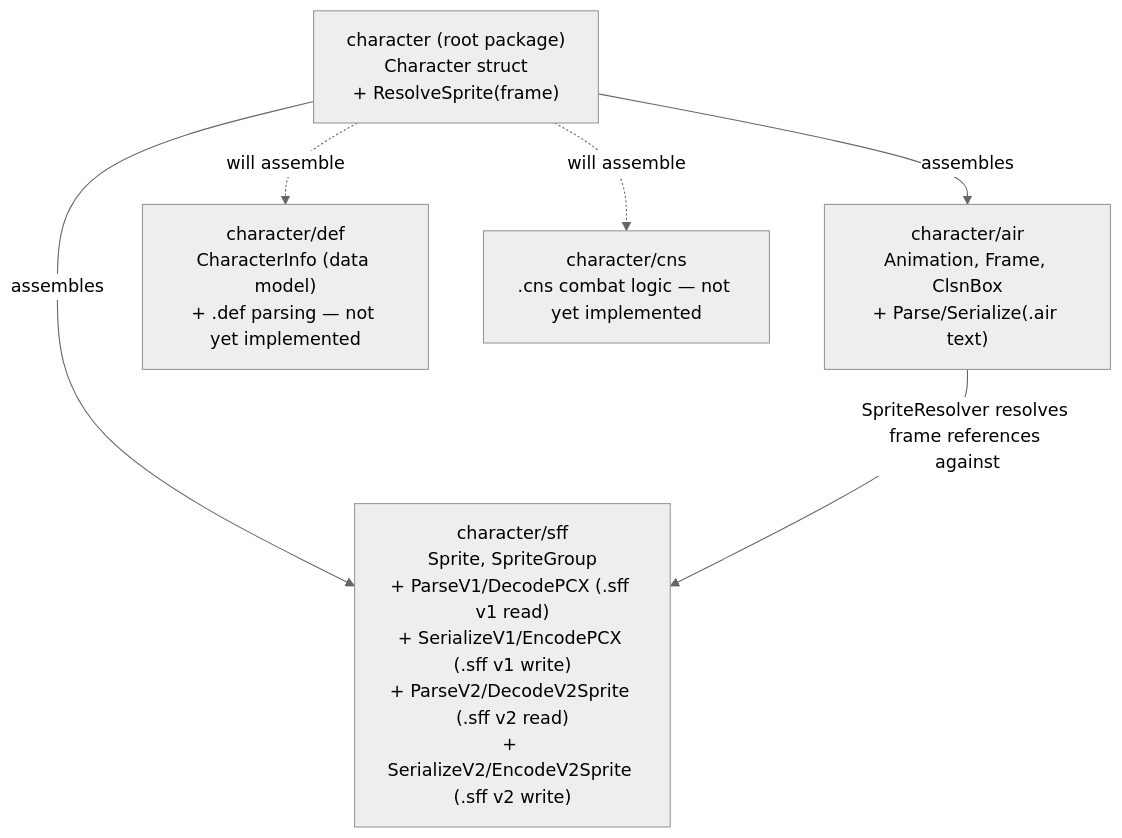
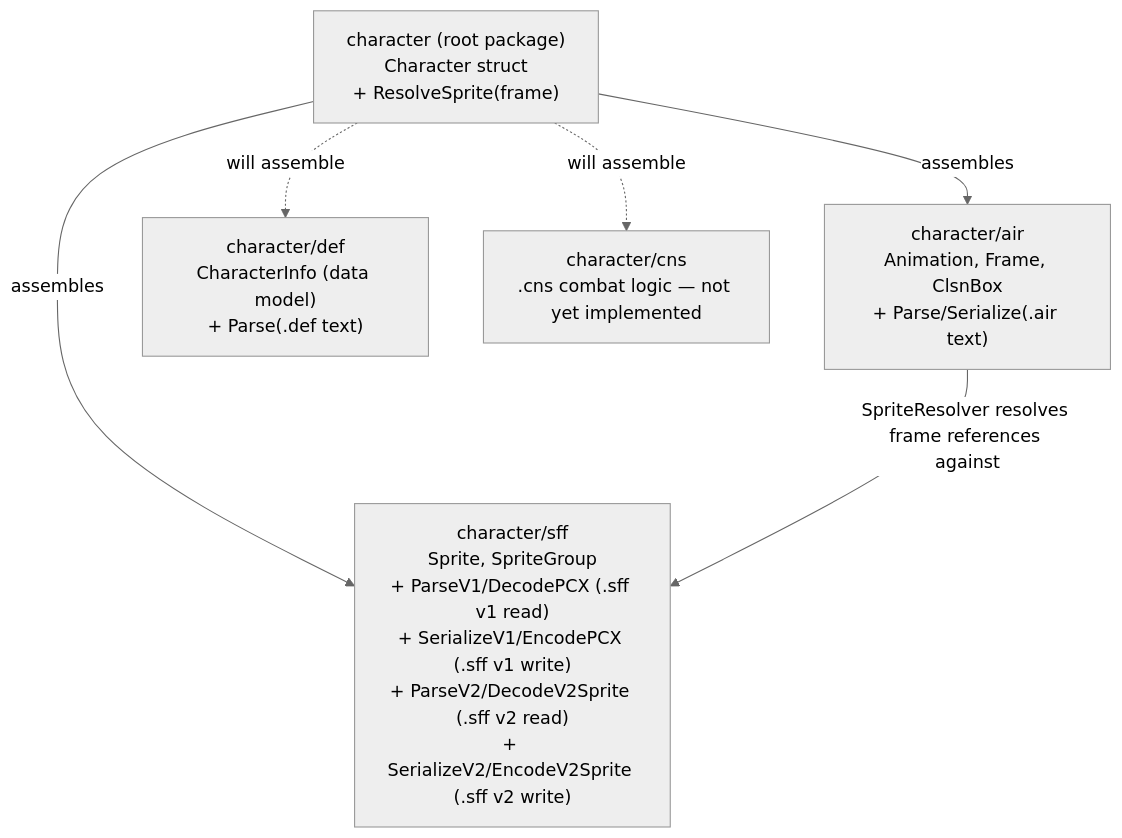
One commit to openkakutou/character changed the diagram in docs/architecture.md. Above: the diagram before and after it, drawn with Mermaid (neutral theme). The commit also changed other lines of this file and 11 other files, not shown here.

Commit message:
feat: read .def character definition files into CharacterInfo, name/author and all referenced files, skipping unrecognized sections and reporting malformed lines with their line number

````diff
--- a/docs/architecture.md
+++ b/docs/architecture.md
@@ -11,14 +11,14 @@
 ```mermaid
 graph TD
     root["character (root package)<br/>Character struct<br/>+ ResolveSprite(frame)"]
     air["character/air<br/>Animation, Frame, ClsnBox<br/>+ Parse/Serialize(.air text)"]
-    def["character/def<br/>CharacterInfo (data model)<br/>+ .def parsing — not yet implemented"]
+    def["character/def<br/>CharacterInfo (data model)<br/>+ Parse(.def text)"]
     sff["character/sff<br/>Sprite, SpriteGroup<br/>+ ParseV1/DecodePCX (.sff v1 read)<br/>+ SerializeV1/EncodePCX (.sff v1 write)<br/>+ ParseV2/DecodeV2Sprite (.sff v2 read)<br/>+ SerializeV2/EncodeV2Sprite (.sff v2 write)"]
     cns["character/cns<br/>.cns combat logic — not yet implemented"]
 
     root -->|assembles| air
     root -.->|will assemble| def
     root -->|assembles| sff
     root -.->|will assemble| cns
     air -->|SpriteResolver resolves frame references against| sff
 ```
````
